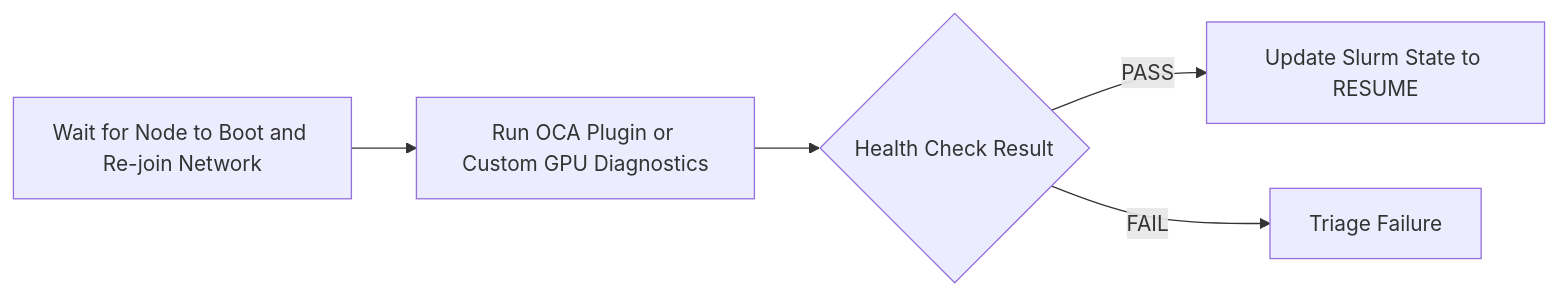
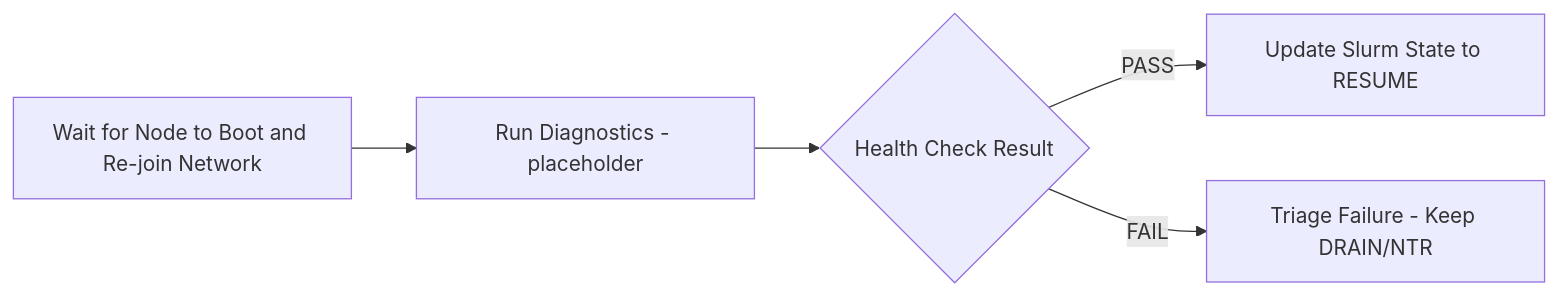
The sixth of 8 diagrams in README.md (veeragoni/hpc-maintenance), drawn with Mermaid before and after one commit. The commit also changed other lines of this file, not shown here.

Commit message:
updated readme with udpated flows

````diff
--- a/README.md
+++ b/README.md
@@ -84,7 +103,7 @@
 ```mermaid
 graph LR
-    A[Wait for Node to Boot and Re-join Network] --> B[Run OCA Plugin or Custom GPU Diagnostics]
+    A[Wait for Node to Boot and Re-join Network] --> B[Run Diagnostics - placeholder]
     B --> C{Health Check Result}
-    C -- PASS --> D[Update Slurm State to RESUME]
-    C -- FAIL --> E[Triage Failure]
+    C -->|PASS| D[Update Slurm State to RESUME]
+    C -->|FAIL| E[Triage Failure - Keep DRAIN/NTR]
 ```
````
